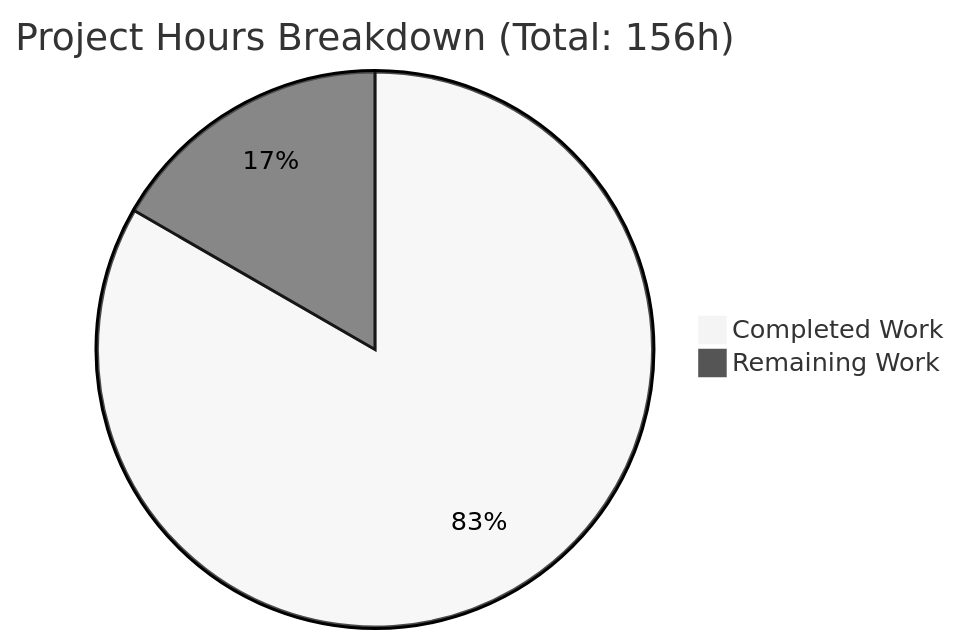
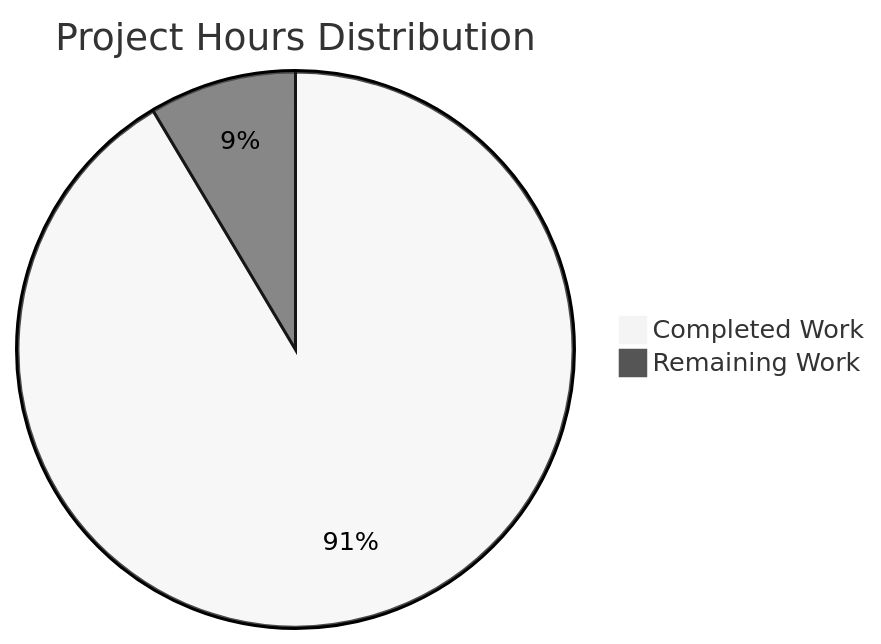
Before and after one commit to blitzy-public-samples/blitzy-nginx: the diagram in blitzy/documentation/Project Guide.md, drawn with Mermaid (neutral theme). The commit also changed other lines of this file, not shown here.

Commit message:
Adding Blitzy Project Guide: Project Status and Human Tasks Remaining

````diff
--- a/blitzy/documentation/Project Guide.md
+++ b/blitzy/documentation/Project Guide.md
@@ -60,5 +57,5 @@
 ```mermaid
-pie title Project Hours Breakdown (Total: 156h)
-    "Completed Work" : 130
-    "Remaining Work" : 26
+pie title Project Hours Distribution
+    "Completed Work" : 171
+    "Remaining Work" : 16
 ```
````
